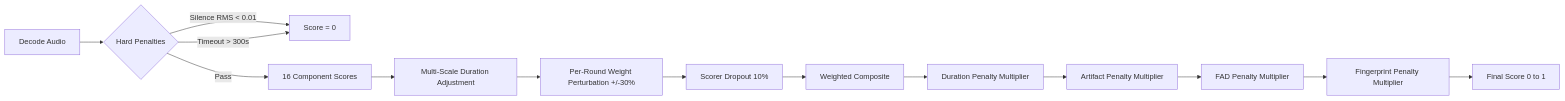
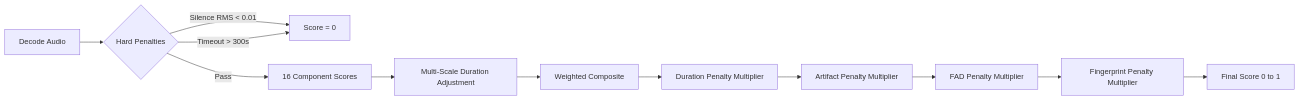
The third of 4 diagrams in docs/setup.md (borgg-dev/tuneforge), drawn with Mermaid before and after one commit. The commit also changed other lines of this file and 7 other files, not shown here.

First line of the commit message:
Remove weight perturbation and scorer dropout (consensus fix)

````diff
--- a/docs/setup.md
+++ b/docs/setup.md
@@ -162,16 +162,14 @@
 ```mermaid
 flowchart LR
     A[Decode Audio] --> B{Hard Penalties}
     B -->|Silence RMS < 0.01| Z[Score = 0]
     B -->|Timeout > 300s| Z
     B -->|Pass| C[16 Component Scores]
     C --> D[Multi-Scale Duration Adjustment]
-    D --> E[Per-Round Weight Perturbation +/-30%]
-    E --> F[Scorer Dropout 10%]
-    F --> G[Weighted Composite]
+    D --> G[Weighted Composite]
     G --> H[Duration Penalty Multiplier]
     H --> I[Artifact Penalty Multiplier]
     I --> J[FAD Penalty Multiplier]
     J --> K[Fingerprint Penalty Multiplier]
     K --> L[Final Score 0 to 1]
 ```
````
